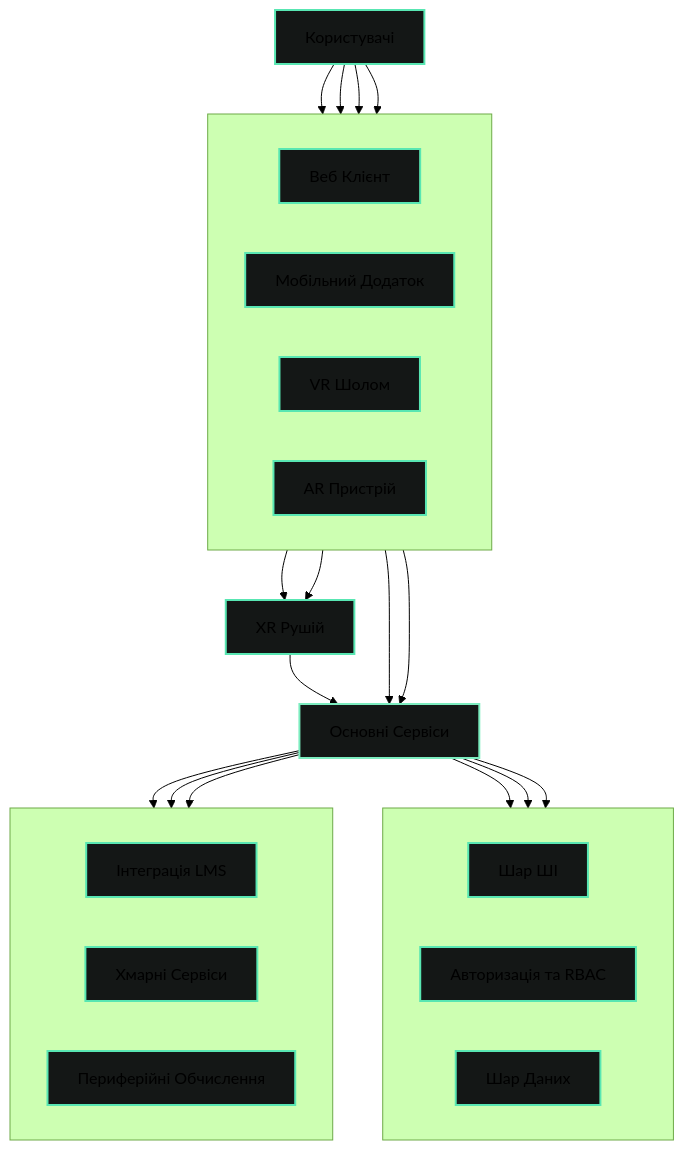
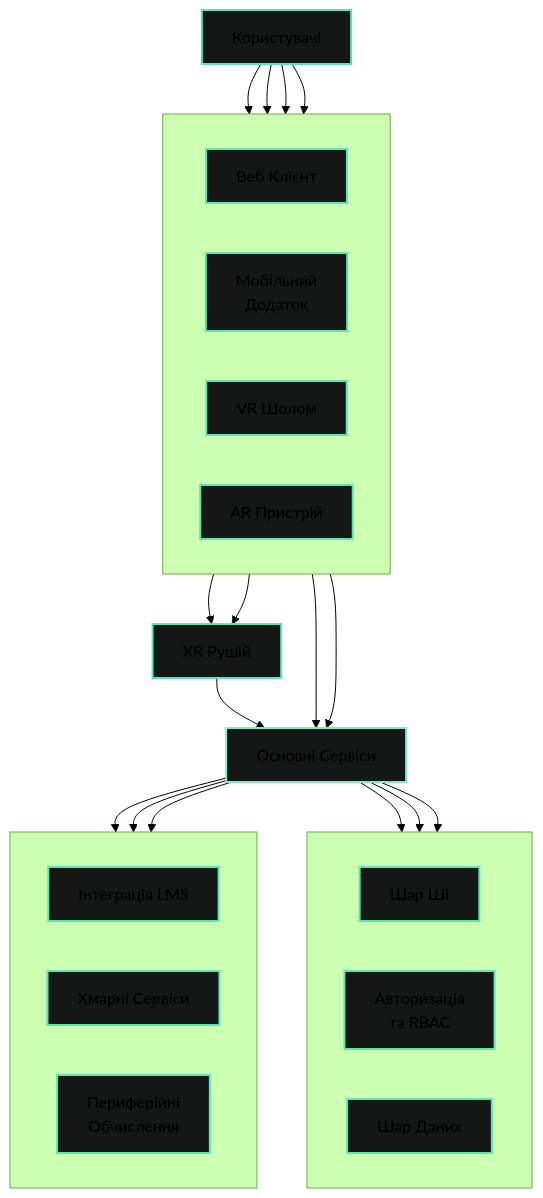
Before and after one commit to ivmarch/geniverse-docs: the diagram in i18n/uk/docusaurus-plugin-content-docs/current/overview.md, drawn with Mermaid (forest theme). The commit also changed 5 other files, not shown here.

````diff
--- a/i18n/uk/docusaurus-plugin-content-docs/current/overview.md
+++ b/i18n/uk/docusaurus-plugin-content-docs/current/overview.md
@@ -131,61 +131,61 @@
 ```mermaid
 graph TB
     User[Користувачі]
     
     subgraph UI[" "]
         direction LR
         Web[Веб Клієнт]
-        Mobile[Мобільний Додаток]
+        Mobile["Мобільний<br/>Додаток"]
         VR[VR Шолом]
         AR[AR Пристрій]
     end
     
     Core[Основні Сервіси]
     
     subgraph PlatformServices[" "]
         direction LR
         AI[Шар ШІ]
-        Auth[Авторизація та RBAC]
+        Auth["Авторизація<br/>та RBAC"]
         Data[Шар Даних]
     end
     
     XR[XR Рушій]
     
     subgraph External[" "]
         direction LR
         LMS[Інтеграція LMS]
         Cloud[Хмарні Сервіси]
-        Edge[Периферійні Обчислення]
+        Edge["Периферійні<br/>Обчислення"]
     end
     
     User --> Web
     User --> Mobile
     User --> VR
     User --> AR
     
     Web --> Core
     Mobile --> Core
     VR --> XR
     AR --> XR
     
     XR --> Core
     Core --> AI
     Core --> Auth
     Core --> Data
     
     Core --> LMS
     Core --> Cloud
     Core --> Edge
     
     classDef userClass fill:#141716,stroke:#58E6B2,stroke-width:2px
     classDef uiClass fill:#141716,stroke:#58E6B2,stroke-width:2px
     classDef coreClass fill:#141716,stroke:#7CECBF,stroke-width:2px
     classDef platformClass fill:#141716,stroke:#58E6B2,stroke-width:2px
     classDef externalClass fill:#141716,stroke:#58E6B2,stroke-width:2px
     
     class User userClass
     class Web,Mobile,VR,AR uiClass
     class Core coreClass
     class AI,Auth,Data,XR platformClass
     class LMS,Cloud,Edge externalClass
 ```
````
